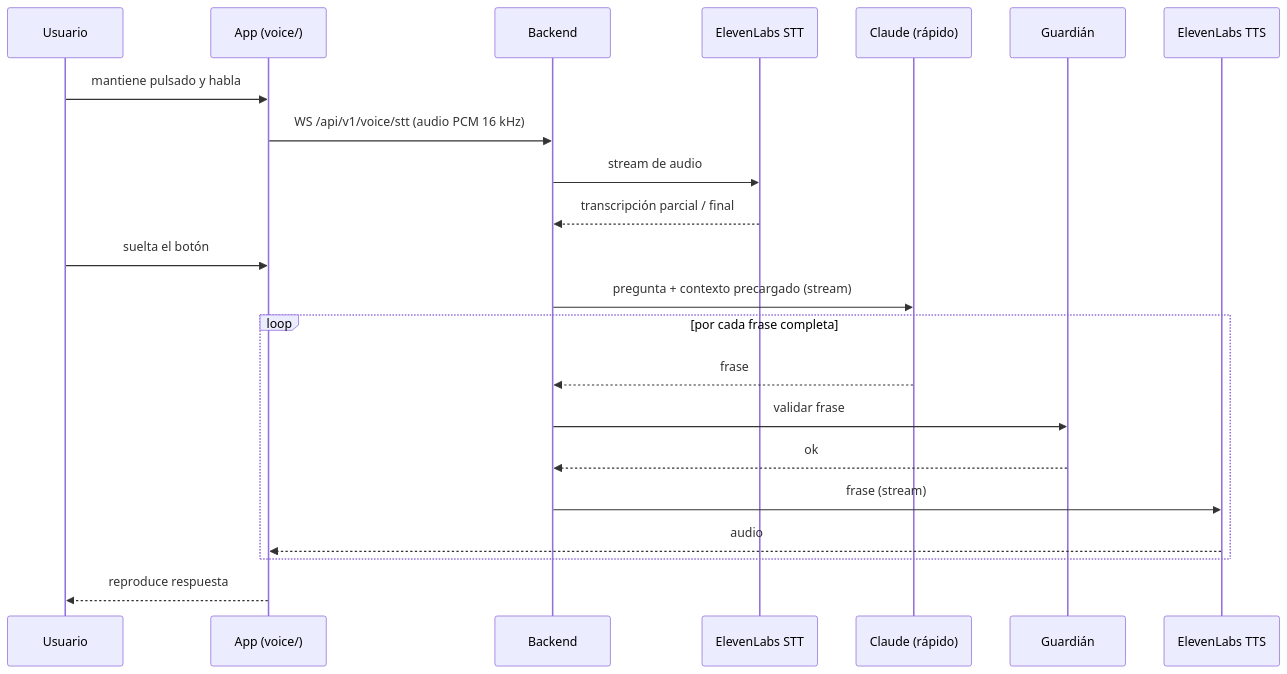
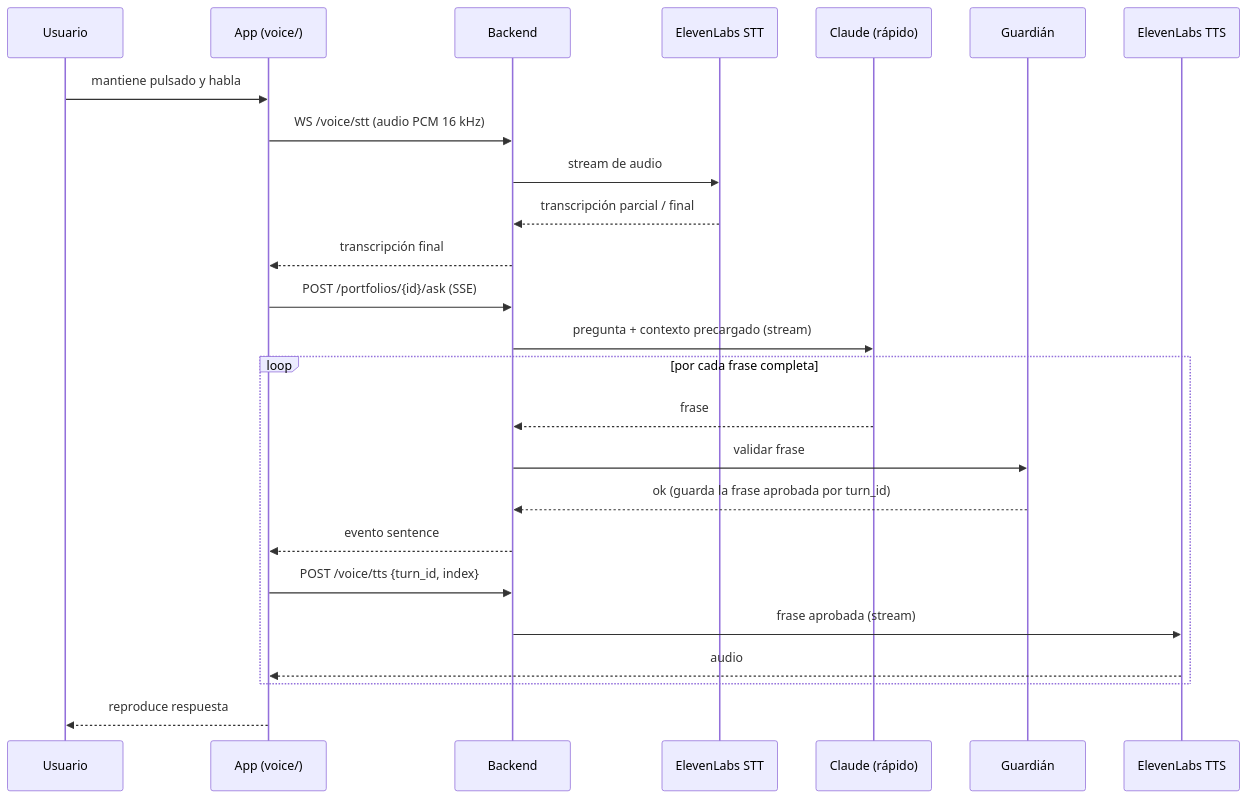
The third of 3 diagrams in docs/SPEC.md (marcosrdiaz/kairos), drawn with Mermaid before and after one commit. The commit also changed other lines of this file, not shown here.

````diff
--- a/docs/SPEC.md
+++ b/docs/SPEC.md
@@ -358,24 +318,27 @@
 ```mermaid
 sequenceDiagram
   participant U as Usuario
   participant FE as App (voice/)
   participant BE as Backend
   participant STT as ElevenLabs STT
   participant C as Claude (rápido)
   participant G as Guardián
   participant TTS as ElevenLabs TTS
   U->>FE: mantiene pulsado y habla
-  FE->>BE: WS /api/v1/voice/stt (audio PCM 16 kHz)
+  FE->>BE: WS /voice/stt (audio PCM 16 kHz)
   BE->>STT: stream de audio
   STT-->>BE: transcripción parcial / final
-  U->>FE: suelta el botón
+  BE-->>FE: transcripción final
+  FE->>BE: POST /portfolios/{id}/ask (SSE)
   BE->>C: pregunta + contexto precargado (stream)
   loop por cada frase completa
     C-->>BE: frase
     BE->>G: validar frase
-    G-->>BE: ok
-    BE->>TTS: frase (stream)
+    G-->>BE: ok (guarda la frase aprobada por turn_id)
+    BE-->>FE: evento sentence
+    FE->>BE: POST /voice/tts {turn_id, index}
+    BE->>TTS: frase aprobada (stream)
     TTS-->>FE: audio
   end
   FE-->>U: reproduce respuesta
 ```
````
